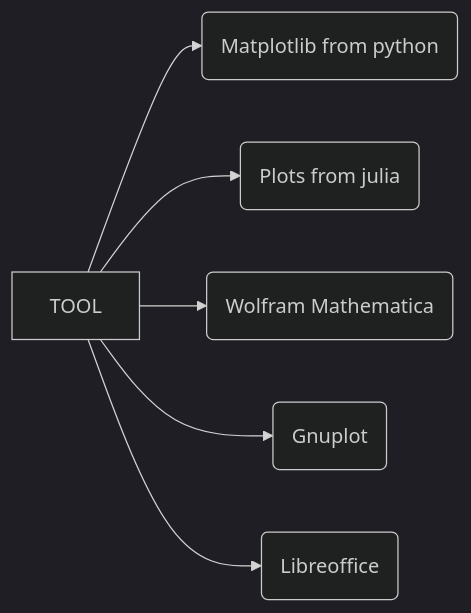
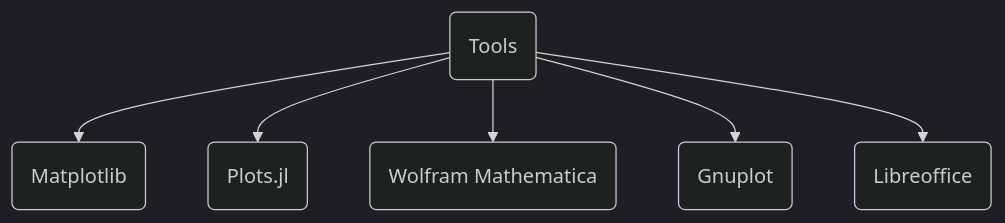
The diagram in resources/teach/sciplots/plotting-story.qmd (Raunak12775/raunak12775.github.io), drawn with Mermaid (dark theme) before and after one commit. The commit also changed other lines of this file and 73 other files, not shown here.

````diff
--- a/resources/teach/sciplots/plotting-story.qmd
+++ b/resources/teach/sciplots/plotting-story.qmd
@@ -26,8 +26,8 @@
 ```{mermaid}
-graph LR
-    A[TOOL] --> B(Matplotlib from python)
-    A --> C(Plots from julia)
+graph TD
+    A(Tools) --> B(Matplotlib)
+    A --> C(Plots.jl)
     A --> D(Wolfram Mathematica)
     A --> E(Gnuplot)
     A --> F(Libreoffice)
 ```
````
